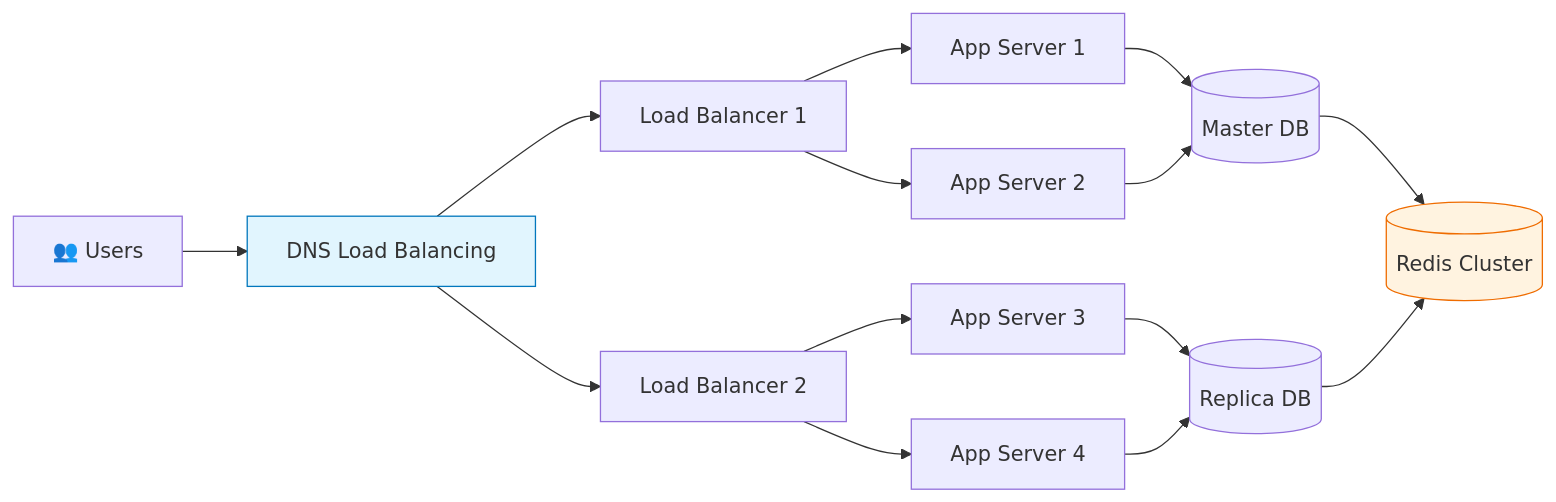
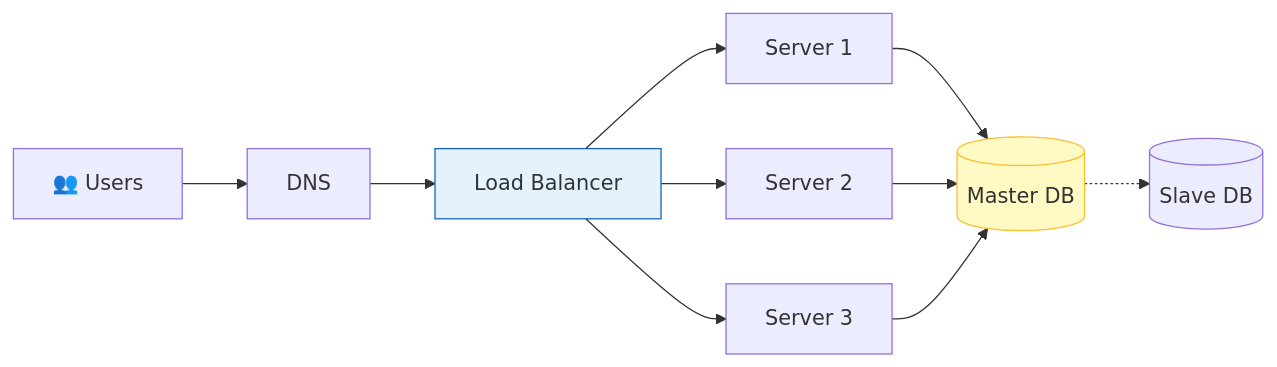
Before and after one commit to thseo4813/Study-Notes: the first of 3 diagrams in 04-system-design/large-scale-system/README.md, drawn with Mermaid. The commit also changed other lines of this file and 13 other files, not shown here.

````diff
--- a/04-system-design/large-scale-system/README.md
+++ b/04-system-design/large-scale-system/README.md
@@ -100,22 +30,18 @@
 ```mermaid
 graph LR
-    User[👥 Users] --> DNS[DNS Load Balancing]
-    DNS --> LB1[Load Balancer 1]
-    DNS --> LB2[Load Balancer 2]
+    User[👥 Users] --> DNS[DNS]
+    DNS --> LB[Load Balancer]
+    
+    LB --> App1[Server 1]
+    LB --> App2[Server 2]
+    LB --> App3[Server 3]
 
-    LB1 --> App1[App Server 1]
-    LB1 --> App2[App Server 2]
-    LB2 --> App3[App Server 3]
-    LB2 --> App4[App Server 4]
-
-    App1 --> DB1[(Master DB)]
-    App2 --> DB1
-    App3 --> DB2[(Replica DB)]
-    App4 --> DB2
-
-    DB1 --> Cache[(Redis Cluster)]
-    DB2 --> Cache
-
-    style DNS fill:#e1f5fe,stroke:#0277bd
-    style Cache fill:#fff3e0,stroke:#ef6c00
+    App1 --> DB_M[(Master DB)]
+    App2 --> DB_M
+    App3 --> DB_M
+    
+    DB_M -.-> DB_S[(Slave DB)]
+    
+    style LB fill:#e3f2fd,stroke:#1565c0
+    style DB_M fill:#fff9c4,stroke:#fbc02d
 ```
````
